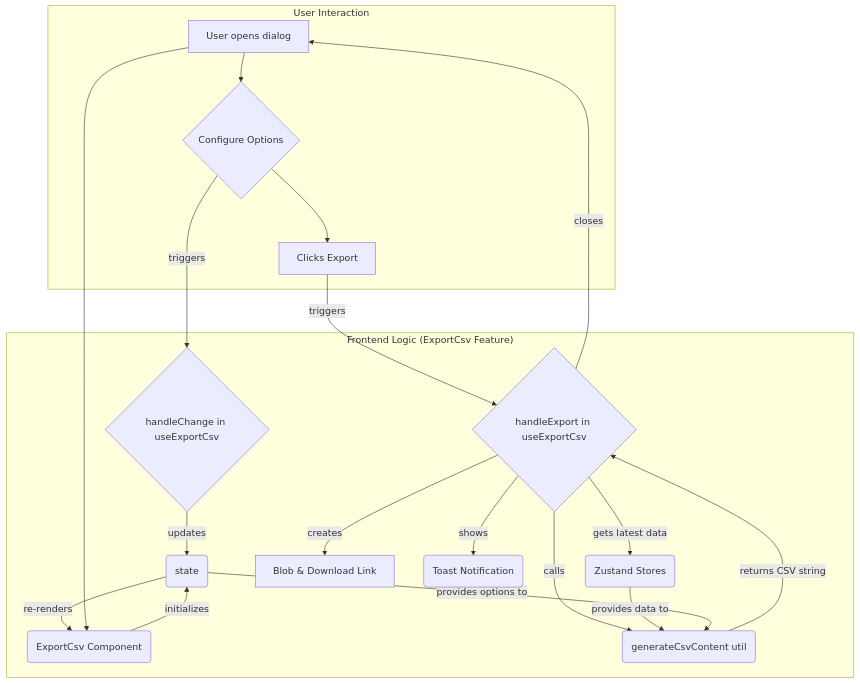
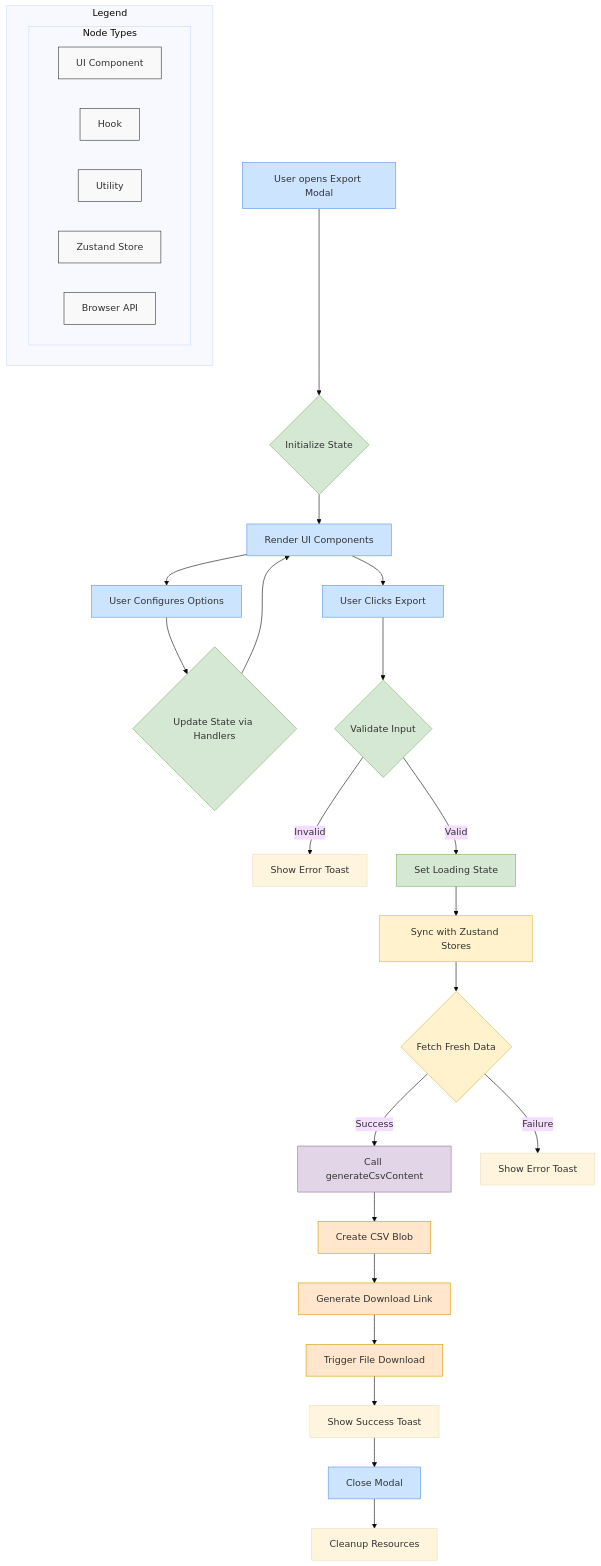
Before and after one commit to wilskk/statify: the diagram in frontend/components/Modals/File/ExportCsv/README.md, drawn with Mermaid. The commit also changed other lines of this file and 13 other files, not shown here.

````diff
--- a/frontend/components/Modals/File/ExportCsv/README.md
+++ b/frontend/components/Modals/File/ExportCsv/README.md
@@ -33,28 +83,55 @@
 ```mermaid
-graph TD
-    subgraph User Interaction
-        A[User opens dialog] --> B{Configure Options};
-        B --> C[Clicks Export];
+
+flowchart TD
+%%{init: {"theme": "base"}}%%
+    A[User opens Export Modal] --> B{Initialize State};
+    B --> C[Render UI Components];
+    
+    C --> D[User Configures Options];
+    D --> E{Update State via Handlers};
+    E --> C;
+    
+    C --> F[User Clicks Export];
+    F --> G{Validate Input};
+    G -- Invalid --> H[Show Error Toast];
+    G -- Valid --> I[Set Loading State];
+    
+    I --> J[Sync with Zustand Stores];
+    J --> K{Fetch Fresh Data};
+    K -- Success --> L[Call generateCsvContent];
+    K -- Failure --> M[Show Error Toast];
+    
+    L --> N[Create CSV Blob];
+    N --> O[Generate Download Link];
+    O --> P[Trigger File Download];
+    
+    P --> Q[Show Success Toast];
+    Q --> R[Close Modal];
+    
+    R --> S[Cleanup Resources];
+    
+    subgraph Legend
+        direction LR
+        subgraph Node Types
+            direction LR
+            ui[UI Component]:::legend
+            hook[Hook]:::legend
+            util[Utility]:::legend
+            store[Zustand Store]:::legend
+            browser[Browser API]:::legend
+        end
     end
-
-    subgraph "Frontend Logic (ExportCsv Feature)"
-        D(ExportCsv Component) -- "initializes" --> E(useExportCsv hook);
-        B -- "triggers" --> F{handleChange in useExportCsv};
-        F -- "updates" --> E(state);
-        E -- "re-renders" --> D;
-
-        C -- "triggers" --> G{handleExport in useExportCsv};
-        G -- "gets latest data" --> H(Zustand Stores);
-        G -- "calls" --> I(generateCsvContent util);
-        H -- "provides data to" --> I;
-        E -- "provides options to" --> I;
-        
-        I -- "returns CSV string" --> G;
-        G -- "creates" --> J[Blob & Download Link];
-        G -- "shows" --> K(Toast Notification);
-        G -- "closes" --> A;
-    end
-
-    A --> D;
-
+    
+    classDef legend fill:#f9f9f9,stroke:#333,stroke-width:1px;
+    classDef ui fill:#cde4ff,stroke:#5a96e6;
+    classDef hook fill:#d5e8d4,stroke:#82b366;
+    classDef util fill:#e1d5e7,stroke:#9673a6;
+    classDef store fill:#fff2cc,stroke:#d6b656;
+    classDef browser fill:#ffe6cc,stroke:#d79b00;
+    
+    class A,C,D,F,C,R ui;
+    class B,E,G,I,J,K,L hook;
+    class L,N,O,P util;
+    class J,K store;
+    class N,O,P browser;
 ```
````
